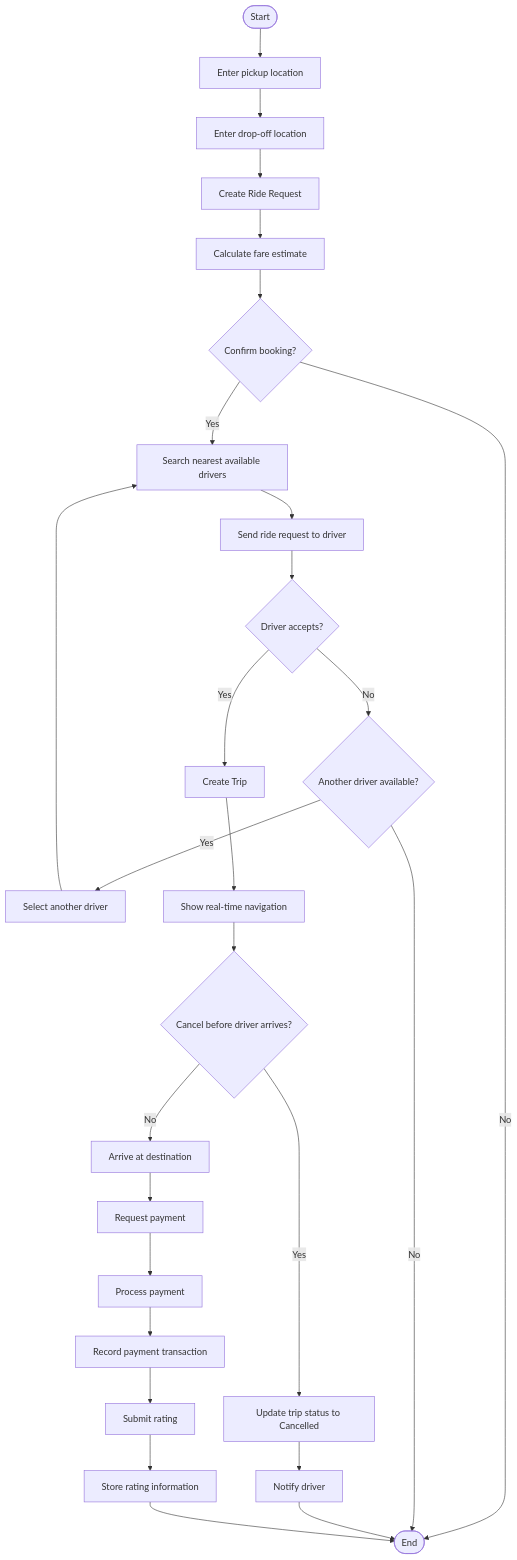
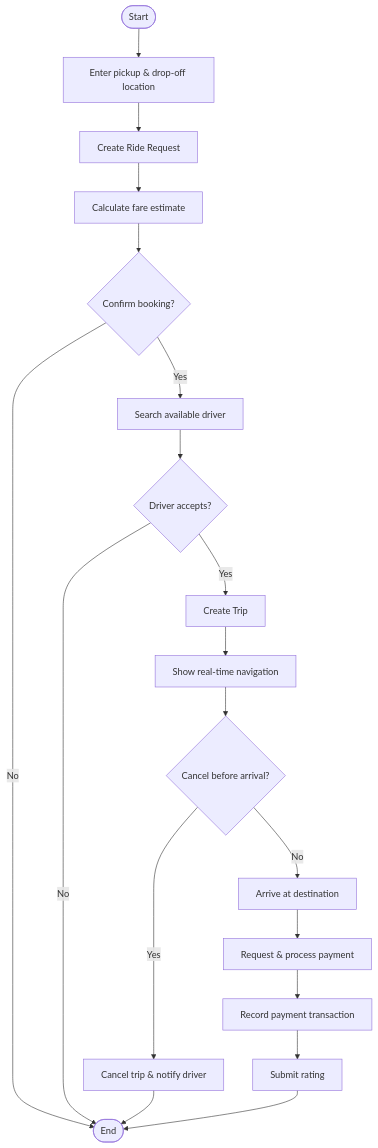
The diagram in all/未命名-4.md (Lifantastic-O/iodraw-files), drawn with Mermaid before and after one commit.

Commit message:
2026-01-01 01:29:28 update

````diff
--- a/all/未命名-4.md
+++ b/all/未命名-4.md
@@ -1,49 +1,36 @@
 ```mermaid
 flowchart TD
     Start([Start])
+
+    A[Enter pickup & drop-off location]
+    B[Create Ride Request]
+    C[Calculate fare estimate]
+    D{Confirm booking?}
+
+    E[Search available driver]
+    F{Driver accepts?}
+
+    G[Create Trip]
+    H[Show real-time navigation]
+
+    I{Cancel before arrival?}
+    J[Cancel trip & notify driver]
+
+    K[Arrive at destination]
+    L[Request & process payment]
+    M[Record payment transaction]
+    N[Submit rating]
+
     End([End])
 
-    A[Enter pickup location]
-    B[Enter drop-off location]
-    C[Create Ride Request]
-    D[Calculate fare estimate]
-    E{Confirm booking?}
+    Start --> A --> B --> C --> D
+    D -- No --> End
+    D -- Yes --> E --> F
 
-    F[Search nearest available drivers]
-    G[Send ride request to driver]
-    H{Driver accepts?}
+    F -- No --> End
+    F -- Yes --> G --> H --> I
 
-    I[Select another driver]
-    J{Another driver available?}
-
-    K[Create Trip]
-    L[Show real-time navigation]
-
-    M{Cancel before driver arrives?}
-    N[Update trip status to Cancelled]
-    O[Notify driver]
-
-    P[Arrive at destination]
-    Q[Request payment]
-    R[Process payment]
-    S[Record payment transaction]
-
-    T[Submit rating]
-    U[Store rating information]
-
-    %% Flow
-    Start --> A --> B --> C --> D --> E
-
-    E -- No --> End
-    E -- Yes --> F --> G --> H
-
-    H -- No --> J
-    J -- Yes --> I --> F
-    J -- No --> End
-
-    H -- Yes --> K --> L --> M
-
-    M -- Yes --> N --> O --> End
-    M -- No --> P --> Q --> R --> S --> T --> U --> End
+    I -- Yes --> J --> End
+    I -- No --> K --> L --> M --> N --> End
 
 ```
````
